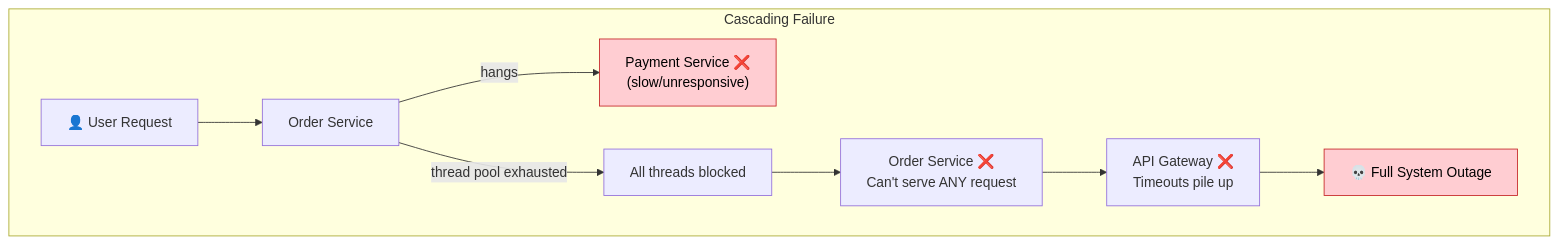
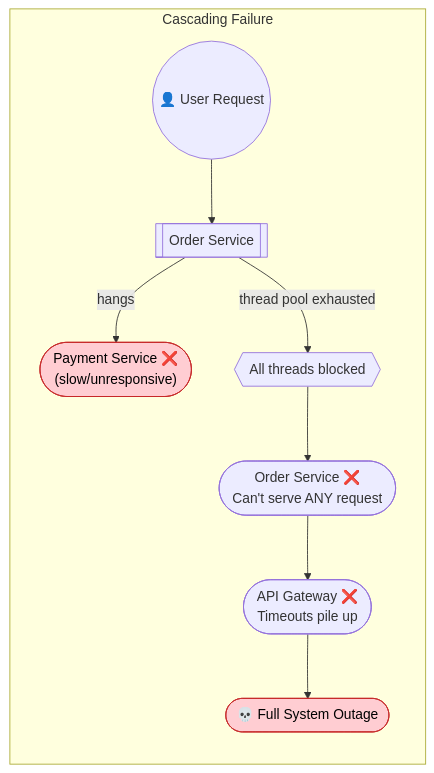
The second of 5 diagrams in docs/microservices/resilience-patterns.md (saivamsikaruturi/vamsilabs-dev-notes-main), drawn with Mermaid before and after one commit. The commit also changed other lines of this file and 146 other files, not shown here.

Commit message:
Horizontal diagrams, UML class diagrams, typography overhaul, and permalink cleanup

````diff
--- a/docs/microservices/resilience-patterns.md
+++ b/docs/microservices/resilience-patterns.md
@@ -35,14 +35,14 @@
 ```mermaid
-flowchart TD
+flowchart LR
     subgraph Cascade["Cascading Failure"]
-        U["👤 User Request"] --> A["Order Service"]
-        A -->|"hangs"| B["Payment Service ❌<br/>(slow/unresponsive)"]
-        A -->|"thread pool exhausted"| C["All threads blocked"]
-        C --> D["Order Service ❌<br/>Can't serve ANY request"]
-        D --> E["API Gateway ❌<br/>Timeouts pile up"]
-        E --> F["💀 Full System Outage"]
+        U(("👤 User Request")) --> A[["Order Service"]]
+        A -->|"hangs"| B(["Payment Service ❌<br/>(slow/unresponsive)"])
+        A -->|"thread pool exhausted"| C{{"All threads blocked"}}
+        C --> D(["Order Service ❌<br/>Can't serve ANY request"])
+        D --> E(["API Gateway ❌<br/>Timeouts pile up"])
+        E --> F(["💀 Full System Outage"])
     end
 
     style B fill:#FFCDD2,stroke:#C62828,color:#000
     style F fill:#FFCDD2,stroke:#C62828,color:#000
 ```
````
